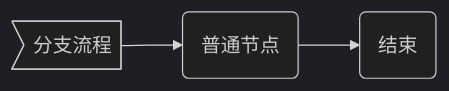
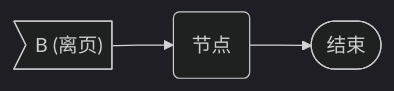
The second of 12 diagrams in released/demo/chart.md (MadMaxChow/VLOOK), drawn with Mermaid (dark theme) before and after one commit. The commit also changed other lines of this file and 96 other files, not shown here.

````diff
--- a/released/demo/chart.md
+++ b/released/demo/chart.md
@@ -61,6 +74,4 @@
 ```mermaid
 graph LR
-page2>分支流程] --> node2(普通节点)
-node2 --> END
-END(结束)
+outpage2>"B (离页)"] --> node2(节点) --> END([结束])
 ```
````
